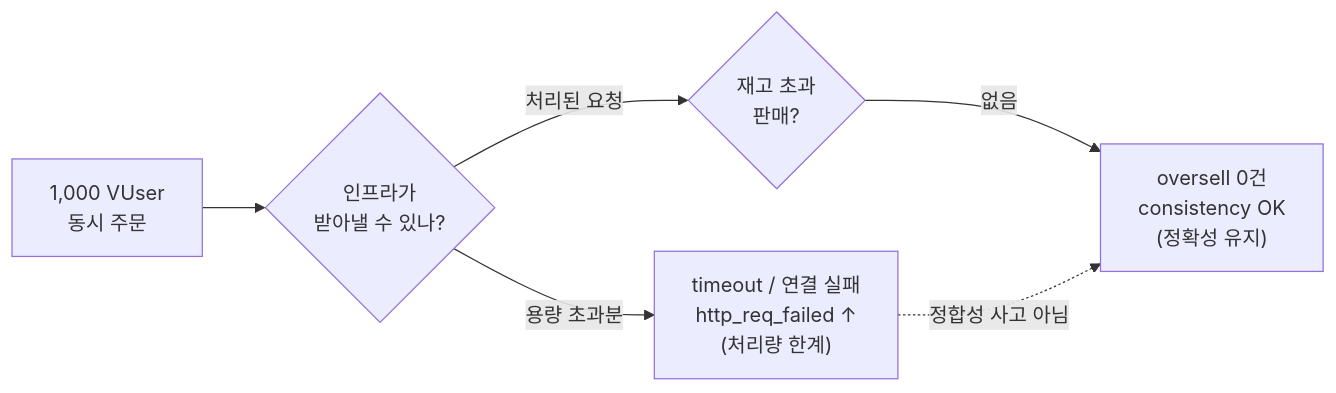
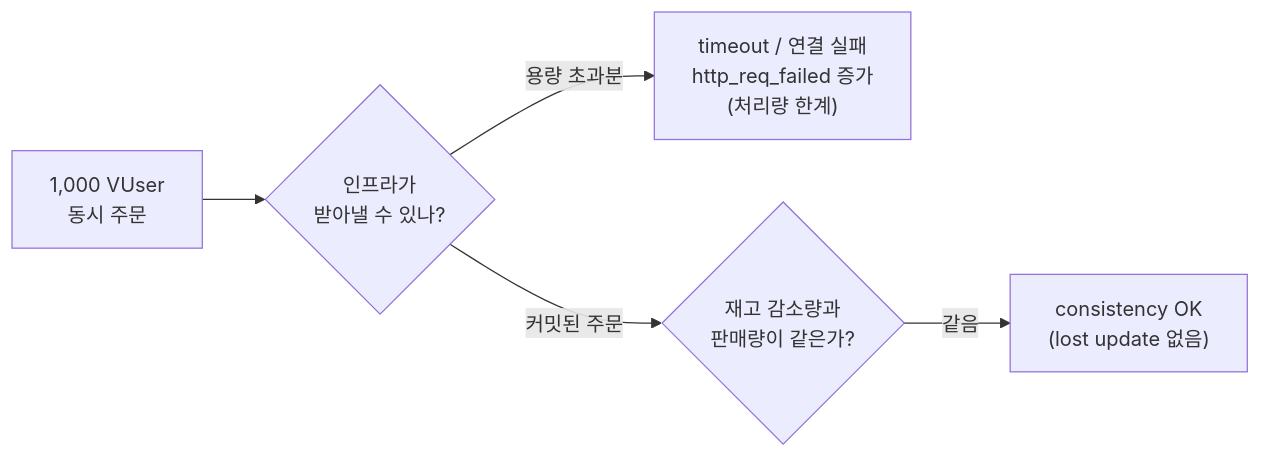
The first of 3 diagrams in src/content/blog/peekcart-17-order-concurrency-hpa.md (Kimgyuilli/blog), drawn with Mermaid before and after one commit. The commit also changed other lines of this file and 6 other files, not shown here.

````diff
--- a/src/content/blog/peekcart-17-order-concurrency-hpa.md
+++ b/src/content/blog/peekcart-17-order-concurrency-hpa.md
@@ -269,8 +273,7 @@
 ```mermaid  
 flowchart LR  
     A["1,000 VUser<br/>동시 주문"] --> B{"인프라가<br/>받아낼 수 있나?"}  
-    B -->|"용량 초과분"| C["timeout / 연결 실패<br/>http_req_failed ↑<br/>(처리량 한계)"]  
-    B -->|"처리된 요청"| D{"재고 초과<br/>판매?"}  
-    D -->|"없음"| E["oversell 0건<br/>consistency OK<br/>(정확성 유지)"]  
-    C -.->|"정합성 사고 아님"| E  
+    B -->|"용량 초과분"| C["timeout / 연결 실패<br/>http_req_failed 증가<br/>(처리량 한계)"]  
+    B -->|"커밋된 주문"| D{"재고 감소량과<br/>판매량이 같은가?"}  
+    D -->|"같음"| E["consistency OK<br/>(lost update 없음)"]  
 ```  
````
